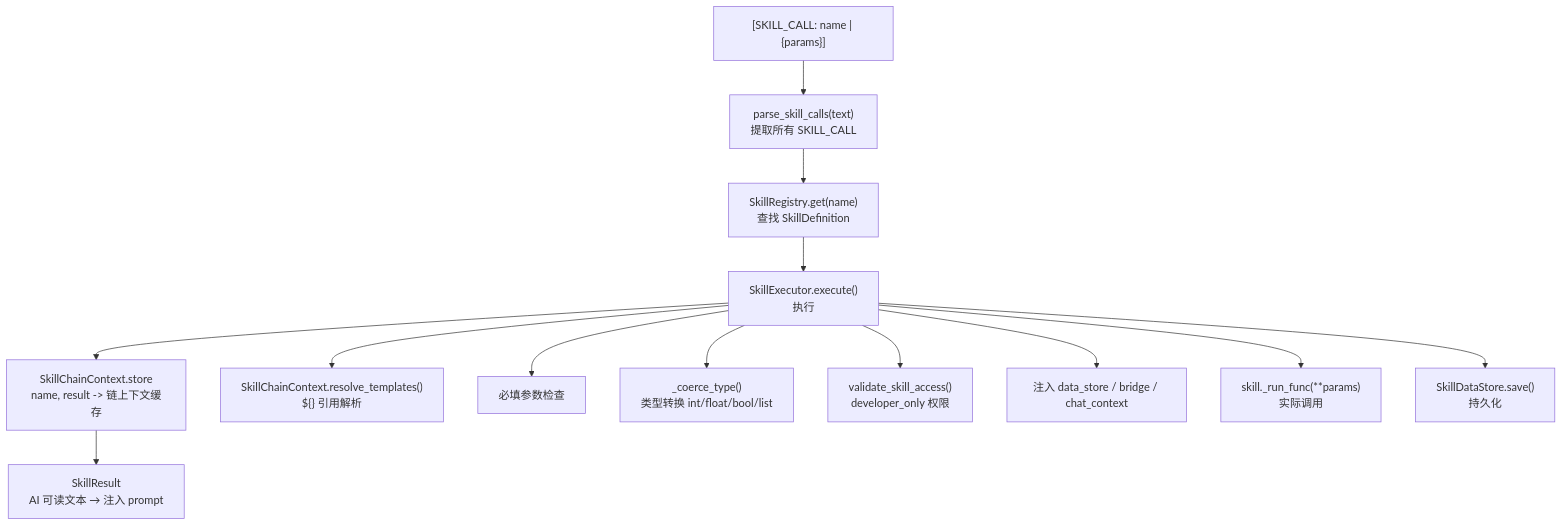
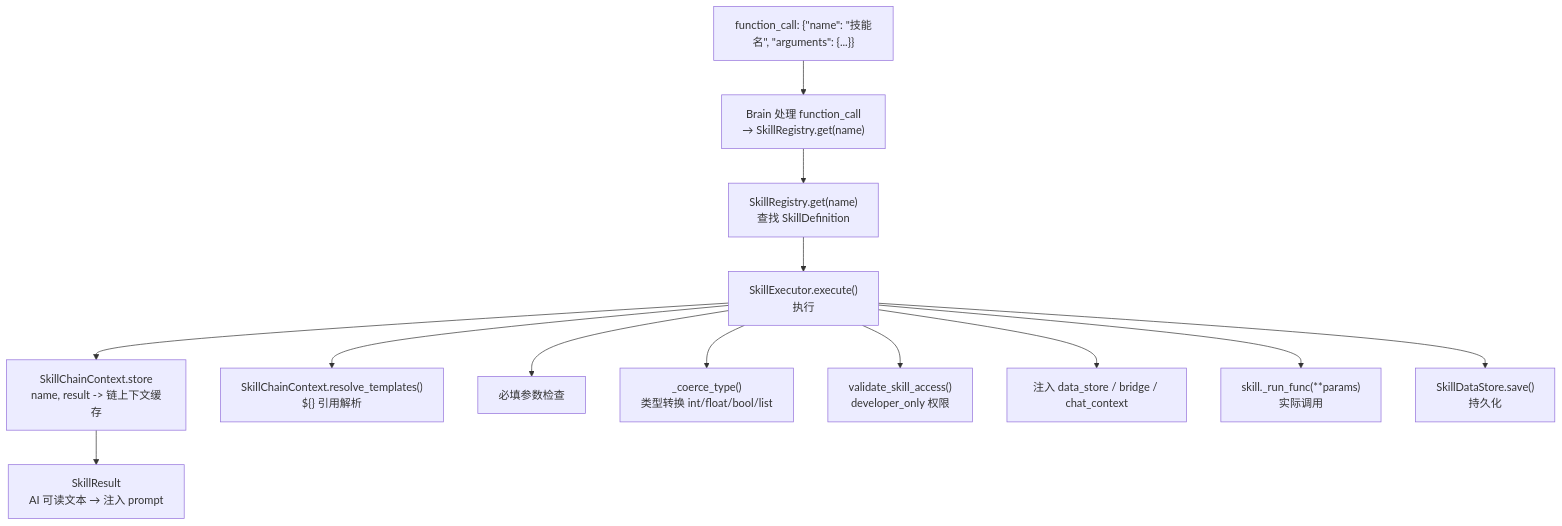
One commit to LiveSirius/SiriusPulse-Docs changed the third of 3 diagrams in extensions/skill-overview.md. Above: the diagram before and after it, drawn with Mermaid. The commit also changed other lines of this file and 4 other files, not shown here.

Commit message:
docs: 自动同步 — 核心引擎重构、新增插件意图匹配/验证模块、删除技能执行器、配置模型变更，影响多个公开接口和配置字段 [skip ci]

````diff
--- a/extensions/skill-overview.md
+++ b/extensions/skill-overview.md
@@ -79,16 +81,16 @@
 ```mermaid
 flowchart TB
-    A["[SKILL_CALL: name | {params}]"] --> B["parse_skill_calls(text)<br>提取所有 SKILL_CALL"]
+    A["function_call: {&quot;name&quot;: &quot;技能名&quot;, &quot;arguments&quot;: {...}}"] --> B["Brain 处理 function_call<br>→ SkillRegistry.get(name)"]
     B --> C["SkillRegistry.get(name)<br>查找 SkillDefinition"]
     C --> D["SkillExecutor.execute()<br>执行"]
     D --> E["SkillChainContext.store<br>name, result -> 链上下文缓存"]
     E --> F["SkillResult<br>AI 可读文本 → 注入 prompt"]
 
     D --> D1["SkillChainContext.resolve_templates()<br>${} 引用解析"]
     D --> D2[必填参数检查]
     D --> D3["_coerce_type()<br>类型转换 int/float/bool/list"]
     D --> D4["validate_skill_access()<br>developer_only 权限"]
     D --> D5["注入 data_store / bridge / chat_context"]
     D --> D6["skill._run_func(**params)<br>实际调用"]
     D --> D7["SkillDataStore.save()<br>持久化"]
 ```
````
